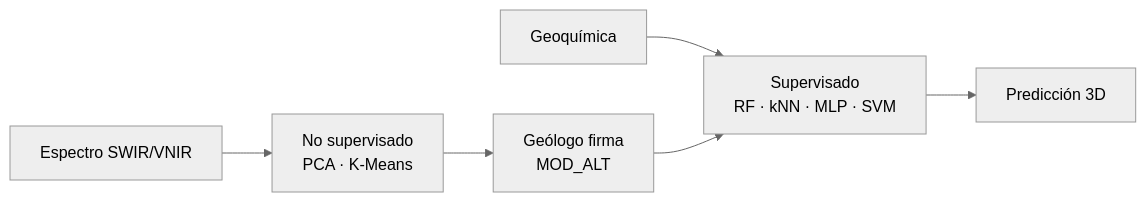
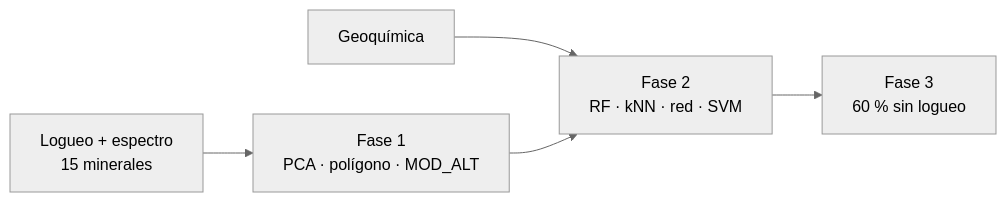
Before and after one commit to jhon21geo/geologia-ML-dominios-alteracion: the diagram in docs/index.md, drawn with Mermaid (neutral theme). The commit also changed other lines of this file and 20 other files, not shown here.

````diff
--- a/docs/index.md
+++ b/docs/index.md
@@ -90,8 +96,7 @@
 ```mermaid
 flowchart LR
-  A[Espectro SWIR/VNIR] --> C[No supervisado<br/>PCA · K-Means]
-  B[Geoquímica] --> D[Supervisado<br/>RF · kNN · MLP · SVM]
-  C --> G[Geólogo firma<br/>MOD_ALT]
-  G --> D
-  D --> E[Predicción 3D]
+  A[Logueo + espectro<br/>15 minerales] --> B[Fase 1<br/>PCA · polígono · MOD_ALT]
+  C[Geoquímica] --> D[Fase 2<br/>RF · kNN · red · SVM]
+  B --> D
+  D --> E[Fase 3<br/>60 % sin logueo]
 ```
````
